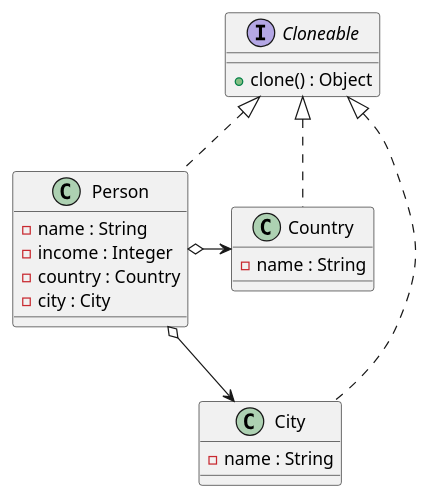
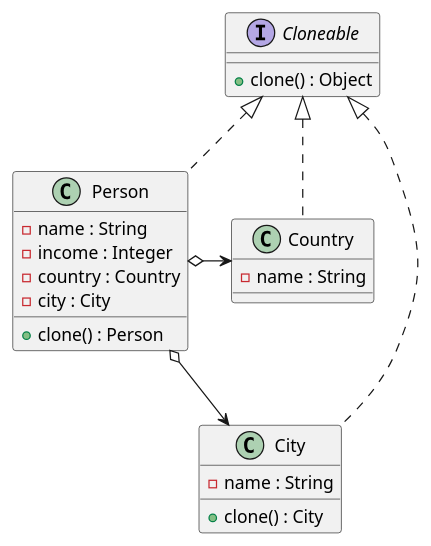
The diagram in prototype/src/uml/class_diagram.puml (ch88251/core-java-design-patterns), drawn with PlantUML before and after one commit. The commit also changed 1 other file, not shown here.

```diff
--- a/prototype/src/uml/class_diagram.puml
+++ b/prototype/src/uml/class_diagram.puml
@@ -1,28 +1,30 @@
 @startuml
 
 interface Cloneable {
   + clone() : Object
 }
 
 class Person {
   - name : String
   - income : Integer
   - country : Country
   - city : City
+  + clone() : Person
 }
 
 class Country {
   - name : String
 }
 
 class City {
   - name : String
+  + clone() : City
 }
 
 Person .up.|> Cloneable
 Country .up.|> Cloneable
 City .up.|> Cloneable
 Person o-right-> Country
 Person o--> City
 
 @enduml
```
